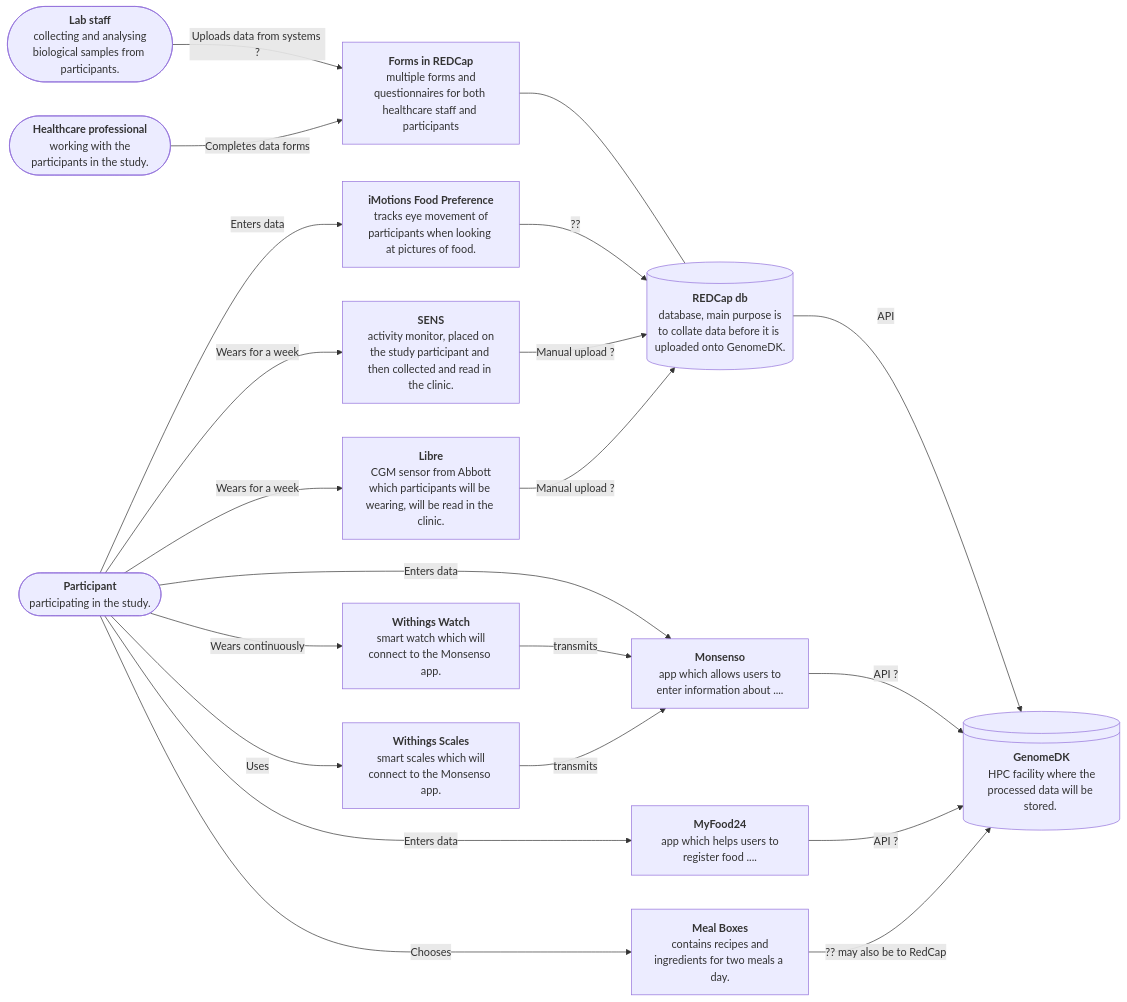
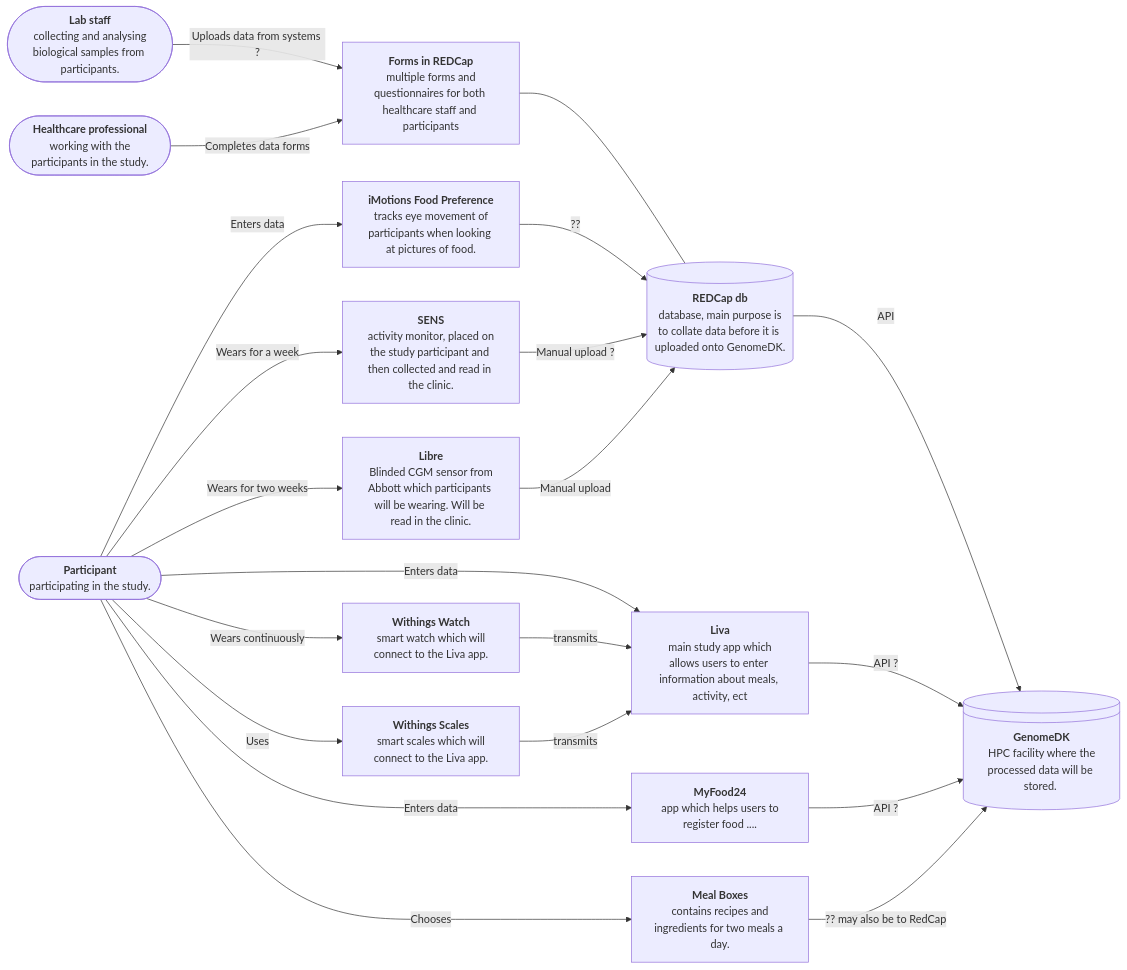
One commit to onlimit-study/dmp changed the diagram in documents/data-flow.qmd. Above: the diagram before and after it, drawn with Mermaid. The commit also changed other lines of this file and 3 other files, not shown here.

Commit message:
docs: update with the diagram as png file rather than the now hidden mermaid code

````diff
--- a/documents/data-flow.qmd
+++ b/documents/data-flow.qmd
@@ -9,44 +12,46 @@
 ```{mermaid}
+%%| label: fig-c4-context
+%%| fig-cap: "Data flow in the ON LiMiT study, who generates data, where is does it enter, and how is it transmitted to storage."
 flowchart LR
 
 Lab@{shape: stadium, label: "<b>Lab staff</b><br> collecting and analysing biological samples from participants."}
 HP@{shape: stadium, label: "<b>Healthcare professional</b><br> working with the participants in the study."}
 Pt@{shape: stadium, label: "<b>Participant</b><br> participating in the study."}
 Red@{shape: cyl, label: "<b>REDCap db</b><br> database, main purpose is to collate data before it is uploaded onto GenomeDK."}
 Genome@{shape: lin-cyl, label: "<b>GenomeDK</b><br> HPC facility where the processed data will be stored. "}
 
 Forms@{shape: proc, label: "<b>Forms in REDCap</b><br> multiple forms and questionnaires for both healthcare staff and participants"}
-Mons@{shape: proc, label: "<b>Monsenso</b><br> app which allows users to enter information about ...."}
+Mons@{shape: proc, label: "<b>Liva</b><br> main study app which allows users to enter information about meals, activity, ect"}
 MyF@{shape: proc, label: "<b>MyFood24</b><br> app which helps users to register food ...."}
 iMo@{shape: proc, label: "<b>iMotions Food Preference</b><br> tracks eye movement of participants when looking at pictures of food."}
 Sen@{shape: proc, label: "<b>SENS</b><br> activity monitor, placed on the study participant and then collected and read in the clinic."}
-Lib@{shape: proc, label: "<b>Libre</b><br> CGM sensor from Abbott which participants will be wearing, will be read in the clinic."}
-Watch@{shape: proc, label: "<b>Withings Watch</b><br> smart watch which will connect to the Monsenso app."}
-Scales@{shape: proc, label: "<b>Withings Scales</b><br> smart scales which will connect to the Monsenso app."}
+Lib@{shape: proc, label: "<b>Libre</b><br> Blinded CGM sensor from Abbott which participants will be wearing. Will be read in the clinic."}
+Watch@{shape: proc, label: "<b>Withings Watch</b><br> smart watch which will connect to the Liva app."}
+Scales@{shape: proc, label: "<b>Withings Scales</b><br> smart scales which will connect to the Liva app."}
 MBox@{shape: proc, label: "<b>Meal Boxes</b><br> contains recipes and ingredients for two meals a day."}
 
 %%ID@{shape: proc, label: "<b>NAME</b><br> description ...."}
 
 Lab -->|Uploads data from systems ?| Forms
 HP --> |Completes data forms| Forms
 Forms --- Red
 Red -->|API| Genome
 
 Pt -->|Enters data| Mons
 Pt -->|Enters data| MyF
 Pt -->|Enters data| iMo
 Pt -->|Wears for a week| Sen
-Pt -->|Wears for a week| Lib
+Pt -->|Wears for two weeks| Lib
 Pt -->|Wears continuously| Watch
 Pt --> |Uses| Scales
 Pt --> |Chooses| MBox
 
 iMo --> |??| Red
 Sen -->|Manual upload ?| Red
-Lib -->|Manual upload ?| Red
+Lib -->|Manual upload| Red
 Watch -->|transmits| Mons
 Scales -->|transmits| Mons
 Mons --> |API ?| Genome
 MyF --> |API ?| Genome
 MBox --> |?? may also be to RedCap| Genome
 ```
````
